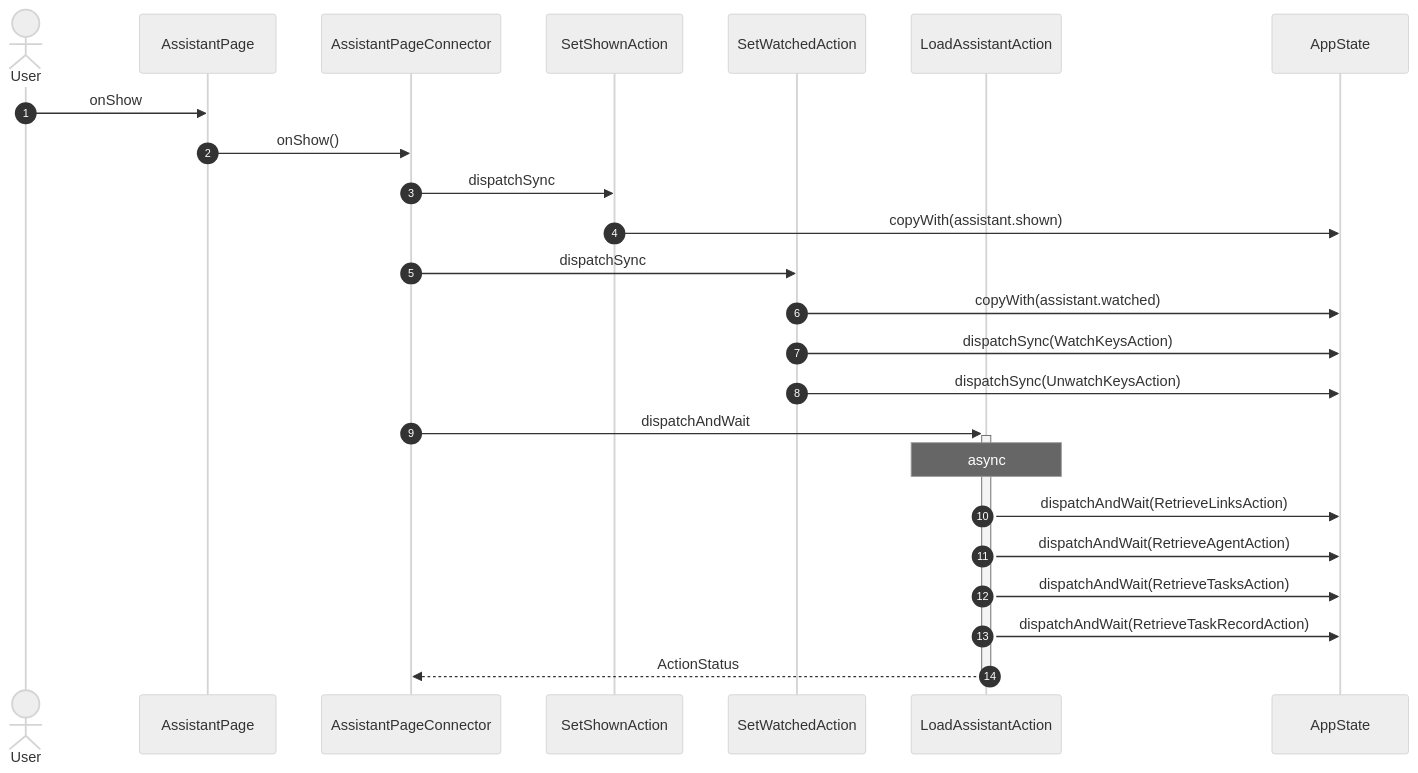
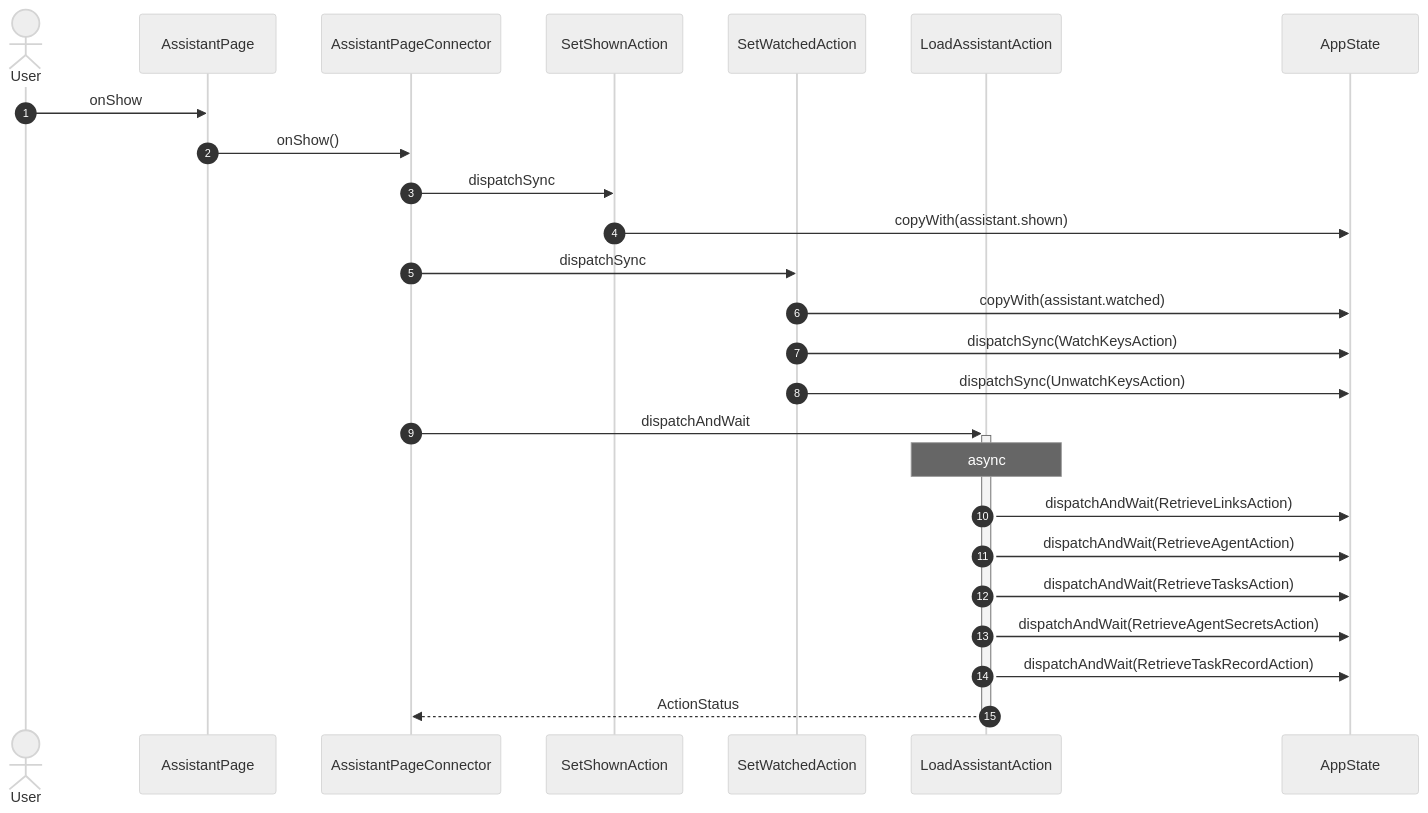
Diagram 14 of 22 in studio/docs/flows/assistant.md (gencto/wyrm), drawn with Mermaid (neutral theme) before and after one commit. The commit also changed 7 other files, not shown here.

First line of the commit message:
studio: the agent's params stage only on a read base; secrets per agent

````diff
--- a/studio/docs/flows/assistant.md
+++ b/studio/docs/flows/assistant.md
@@ -268,27 +268,28 @@
 ```mermaid
 sequenceDiagram
     autonumber
     actor User
     participant UI as AssistantPage
     participant VM as AssistantPageConnector
     participant A1 as SetShownAction
     participant A2 as SetWatchedAction
     participant A3 as LoadAssistantAction
     participant ST as AppState
 
     User->>UI: onShow
     UI->>VM: onShow()
     VM->>A1: dispatchSync
     A1->>ST: copyWith(assistant.shown)
     VM->>A2: dispatchSync
     A2->>ST: copyWith(assistant.watched)
     A2->>ST: dispatchSync(WatchKeysAction)
     A2->>ST: dispatchSync(UnwatchKeysAction)
     VM->>+A3: dispatchAndWait
     Note over A3: async
     A3->>ST: dispatchAndWait(RetrieveLinksAction)
     A3->>ST: dispatchAndWait(RetrieveAgentAction)
     A3->>ST: dispatchAndWait(RetrieveTasksAction)
+    A3->>ST: dispatchAndWait(RetrieveAgentSecretsAction)
     A3->>ST: dispatchAndWait(RetrieveTaskRecordAction)
     A3-->>-VM: ActionStatus
 ```
````
